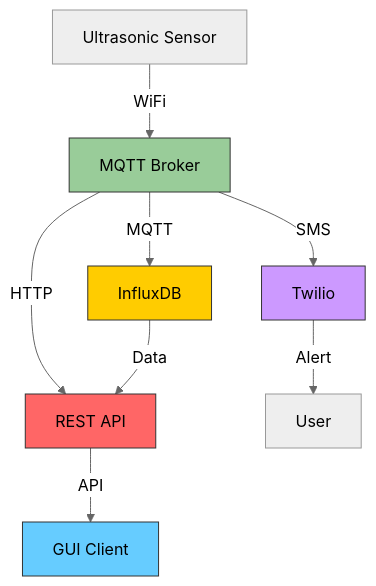
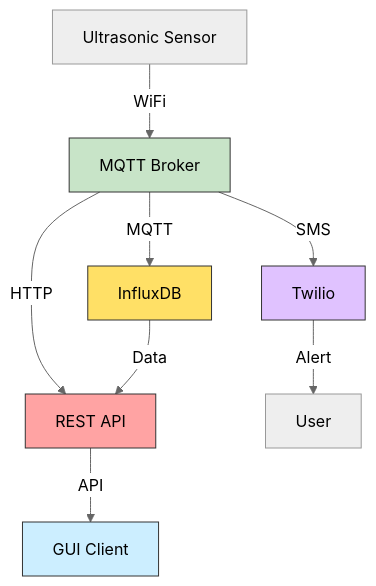
Before and after one commit to JENSEN-IoT-Embedded-Project/project-architecture: the diagram in README.md, drawn with Mermaid (neutral theme).

````diff
--- a/README.md
+++ b/README.md
@@ -35,22 +35,22 @@
 ```mermaid
 graph TD
     A[Ultrasonic Sensor] -->|WiFi| B[MQTT Broker]
     B -->|MQTT| C[InfluxDB]
     B -->|HTTP| D[REST API]
     C -->|Data| D
     D -->|API| E[GUI Client]
     B -->|SMS| F[Twilio]
     F -->|Alert| G[User]
 
-    classDef db fill:#ffcc00,stroke:#333
-    classDef server fill:#ff6666,stroke:#333
-    classDef gui fill:#66ccff,stroke:#333
-    classDef twilio fill:#cc99ff,stroke:#333
-    classDef mqtt fill:#99cc99,stroke:#333
+    classDef db fill:#ffcc0099,stroke:#333
+    classDef server fill:#ff666699,stroke:#333
+    classDef gui fill:#66ccff55,stroke:#333
+    classDef twilio fill:#cc99ff99,stroke:#333
+    classDef mqtt fill:#99cc9988,stroke:#333
 
     class C db
     class D server
     class E gui
     class F twilio
     class B mqtt
 ```
````
